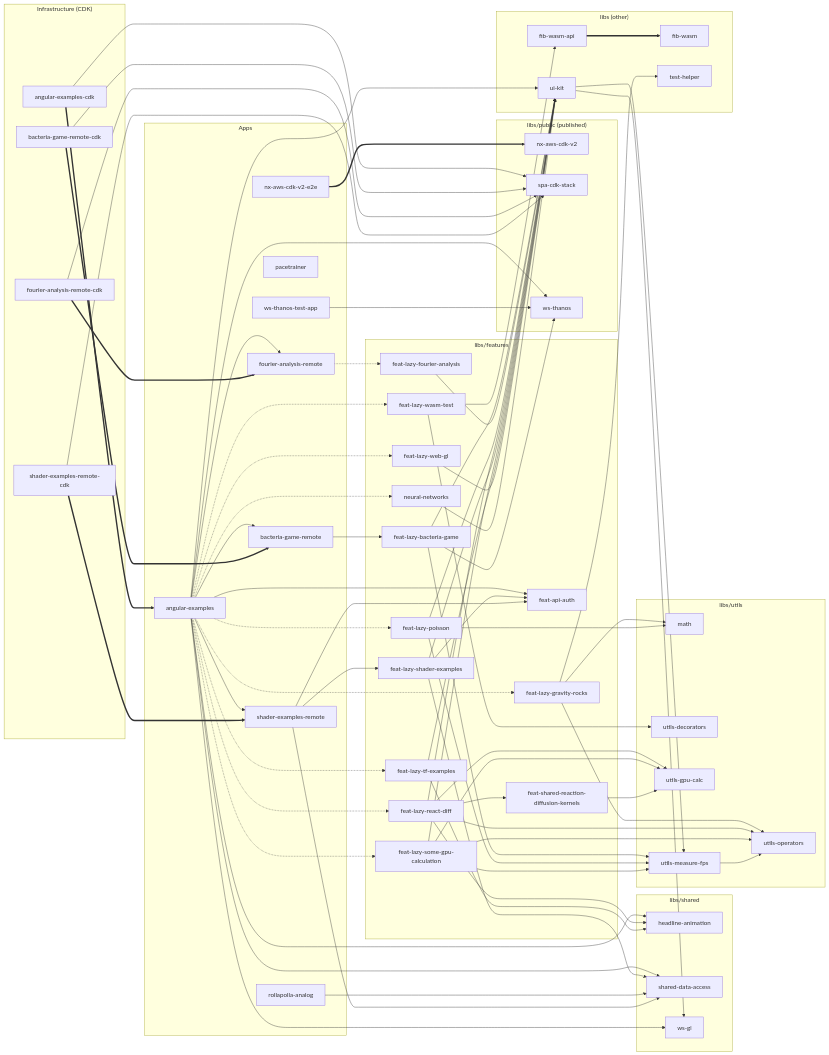
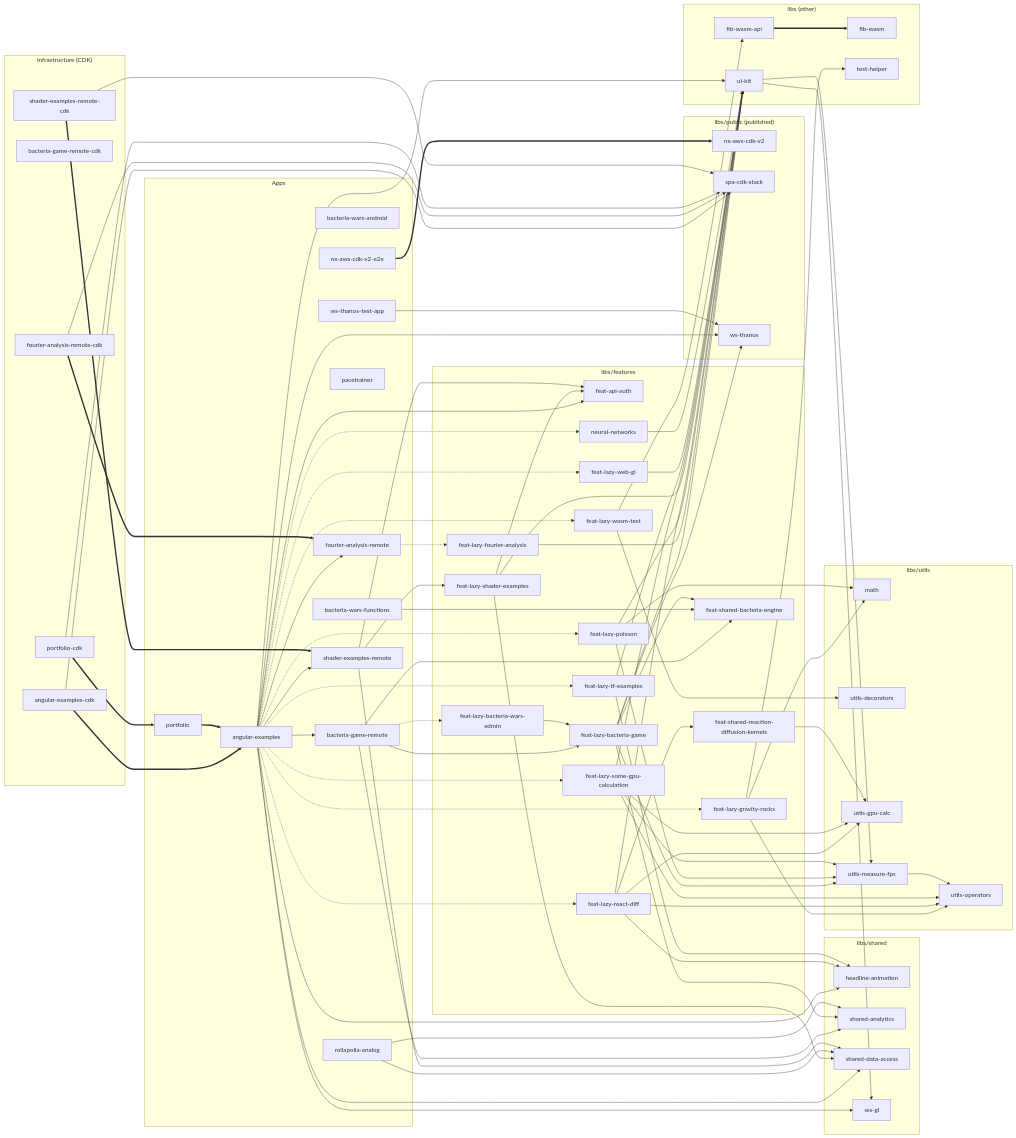
One commit to WolfSoko/wol-sok-mono changed the fourth of 4 diagrams in docs/architecture/README.md. Above: the diagram before and after it, drawn with Mermaid. The commit also changed other lines of this file and 65 other files, not shown here.

First line of the commit message:
refactor(bacteria-wars-functions): ♻️ take the engine from its own lib

```diff
--- a/docs/architecture/README.md
+++ b/docs/architecture/README.md
@@ -122,14 +133,18 @@
     angular_examples_cdk["angular-examples-cdk"]
     bacteria_game_remote_cdk["bacteria-game-remote-cdk"]
     fourier_analysis_remote_cdk["fourier-analysis-remote-cdk"]
+    portfolio_cdk["portfolio-cdk"]
     shader_examples_remote_cdk["shader-examples-remote-cdk"]
   end
   subgraph apps["Apps"]
     angular_examples["angular-examples"]
     bacteria_game_remote["bacteria-game-remote"]
+    bacteria_wars_android["bacteria-wars-android"]
+    bacteria_wars_functions["bacteria-wars-functions"]
     fourier_analysis_remote["fourier-analysis-remote"]
     nx_aws_cdk_v2_e2e["nx-aws-cdk-v2-e2e"]
     pacetrainer["pacetrainer"]
+    portfolio["portfolio"]
     rollapolla_analog["rollapolla-analog"]
     shader_examples_remote["shader-examples-remote"]
     ws_thanos_test_app["ws-thanos-test-app"]
@@ -142,6 +157,7 @@
   subgraph features["libs/features"]
     feat_api_auth["feat-api-auth"]
     feat_lazy_bacteria_game["feat-lazy-bacteria-game"]
+    feat_lazy_bacteria_wars_admin["feat-lazy-bacteria-wars-admin"]
     feat_lazy_fourier_analysis["feat-lazy-fourier-analysis"]
     feat_lazy_gravity_rocks["feat-lazy-gravity-rocks"]
     feat_lazy_poisson["feat-lazy-poisson"]
@@ -151,11 +167,13 @@
     feat_lazy_tf_examples["feat-lazy-tf-examples"]
     feat_lazy_wasm_test["feat-lazy-wasm-test"]
     feat_lazy_web_gl["feat-lazy-web-gl"]
+    feat_shared_bacteria_engine["feat-shared-bacteria-engine"]
     feat_shared_reaction_diffusion_kernels["feat-shared-reaction-diffusion-kernels"]
     neural_networks["neural-networks"]
   end
   subgraph shared["libs/shared"]
     headline_animation["headline-animation"]
+    shared_analytics["shared-analytics"]
     shared_data_access["shared-data-access"]
     ws_gl["ws-gl"]
   end
@@ -192,11 +210,16 @@
   angular_examples_cdk ==> angular_examples
   angular_examples_cdk --> spa_cdk_stack
   bacteria_game_remote --> feat_lazy_bacteria_game
-  bacteria_game_remote_cdk ==> bacteria_game_remote
-  bacteria_game_remote_cdk --> spa_cdk_stack
+  bacteria_game_remote -.-> feat_lazy_bacteria_wars_admin
+  bacteria_game_remote --> feat_shared_bacteria_engine
+  bacteria_game_remote --> shared_analytics
+  bacteria_wars_functions --> feat_shared_bacteria_engine
+  feat_lazy_bacteria_game --> feat_shared_bacteria_engine
+  feat_lazy_bacteria_game --> shared_analytics
   feat_lazy_bacteria_game --> ui_kit
   feat_lazy_bacteria_game --> utils_measure_fps
   feat_lazy_bacteria_game --> ws_thanos
+  feat_lazy_bacteria_wars_admin --> feat_lazy_bacteria_game
   feat_lazy_fourier_analysis --> ui_kit
   feat_lazy_gravity_rocks --> math
   feat_lazy_gravity_rocks --> test_helper
@@ -228,6 +251,10 @@
   fourier_analysis_remote_cdk --> spa_cdk_stack
   neural_networks --> ui_kit
   nx_aws_cdk_v2_e2e ==> nx_aws_cdk_v2
+  portfolio ==> angular_examples
+  portfolio_cdk ==> portfolio
+  portfolio_cdk --> spa_cdk_stack
+  rollapolla_analog --> shared_analytics
   rollapolla_analog --> shared_data_access
   shader_examples_remote --> feat_api_auth
   shader_examples_remote --> feat_lazy_shader_examples
```
